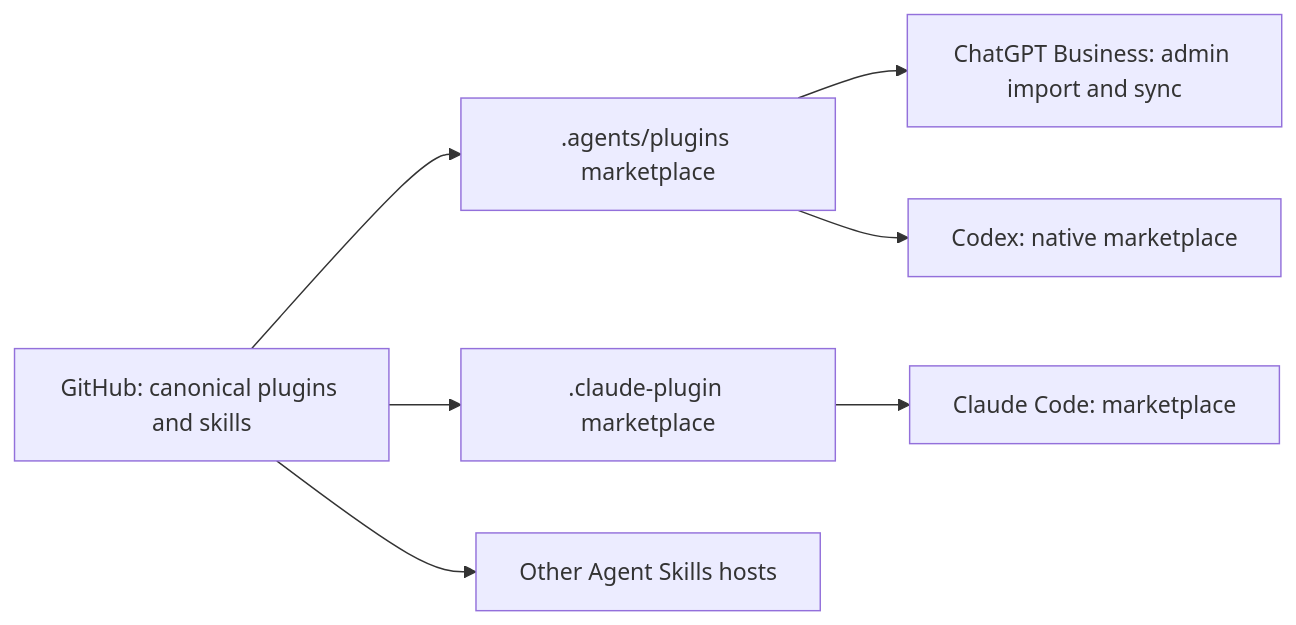
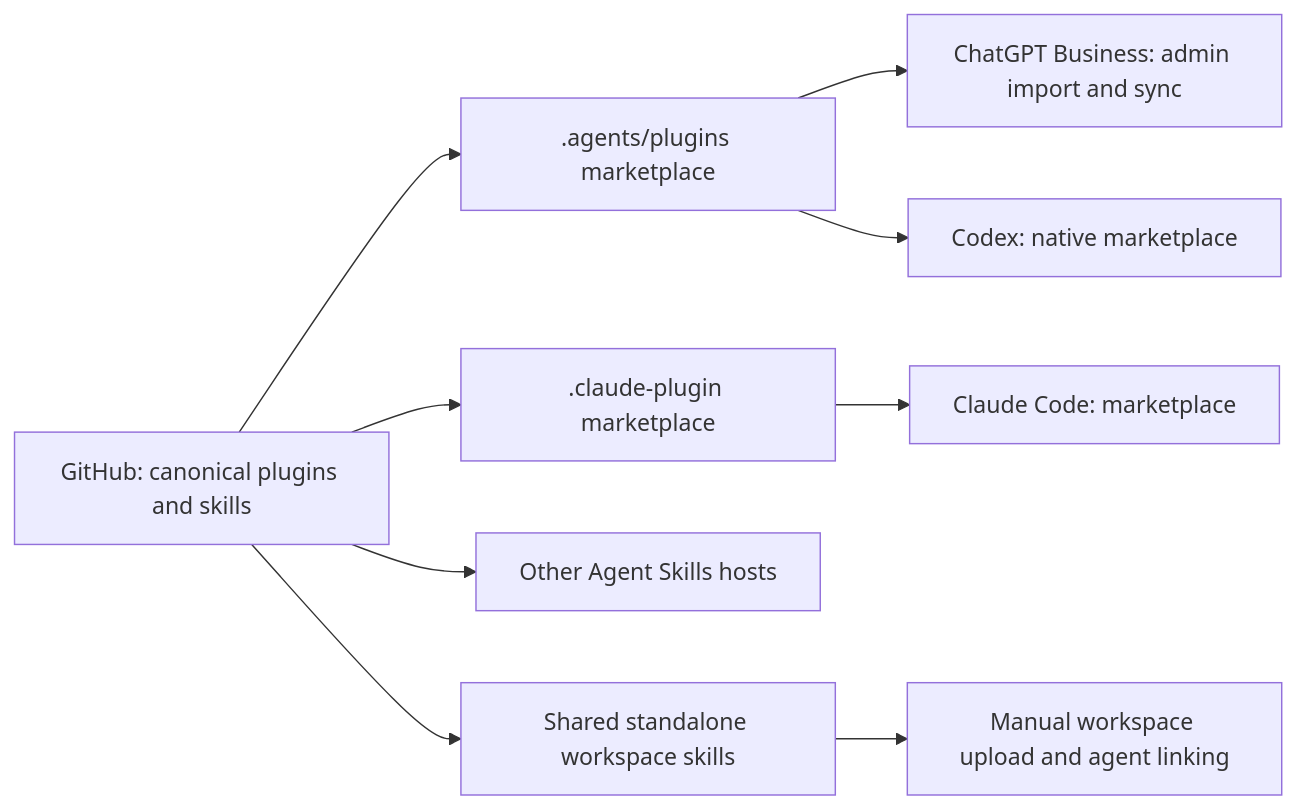
One commit to onderwijsin/agents changed the diagram in ARCHITECTURE.md. Above: the diagram before and after it, drawn with Mermaid. The commit also changed other lines of this file and 62 other files, not shown here.

````diff
--- a/ARCHITECTURE.md
+++ b/ARCHITECTURE.md
@@ -14,9 +14,11 @@
 ```mermaid
 flowchart LR
   G[GitHub: canonical plugins and skills] --> O[.agents/plugins marketplace]
   G --> C[.claude-plugin marketplace]
   O --> B[ChatGPT Business: admin import and sync]
   O --> X[Codex: native marketplace]
   C --> A[Claude Code: marketplace]
   G --> S[Other Agent Skills hosts]
+  G --> W[Shared standalone workspace skills]
+  W --> U[Manual workspace upload and agent linking]
 ```
````
